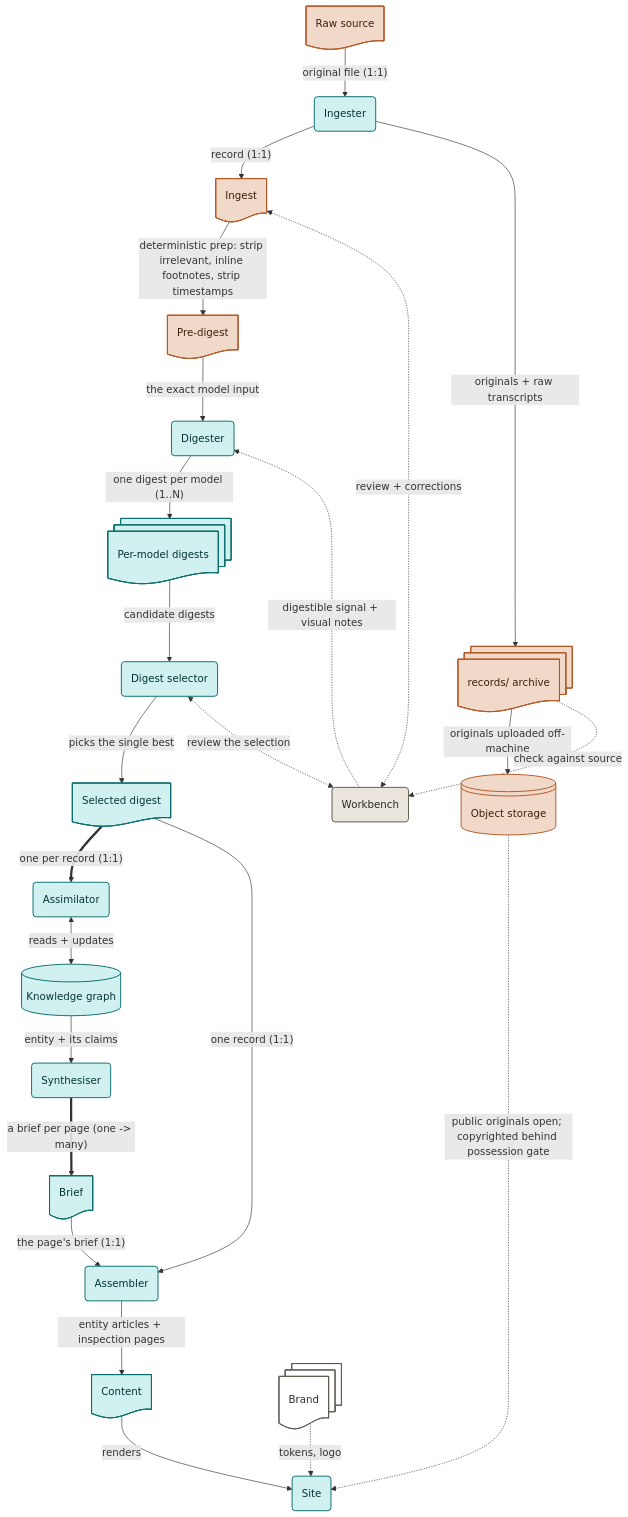
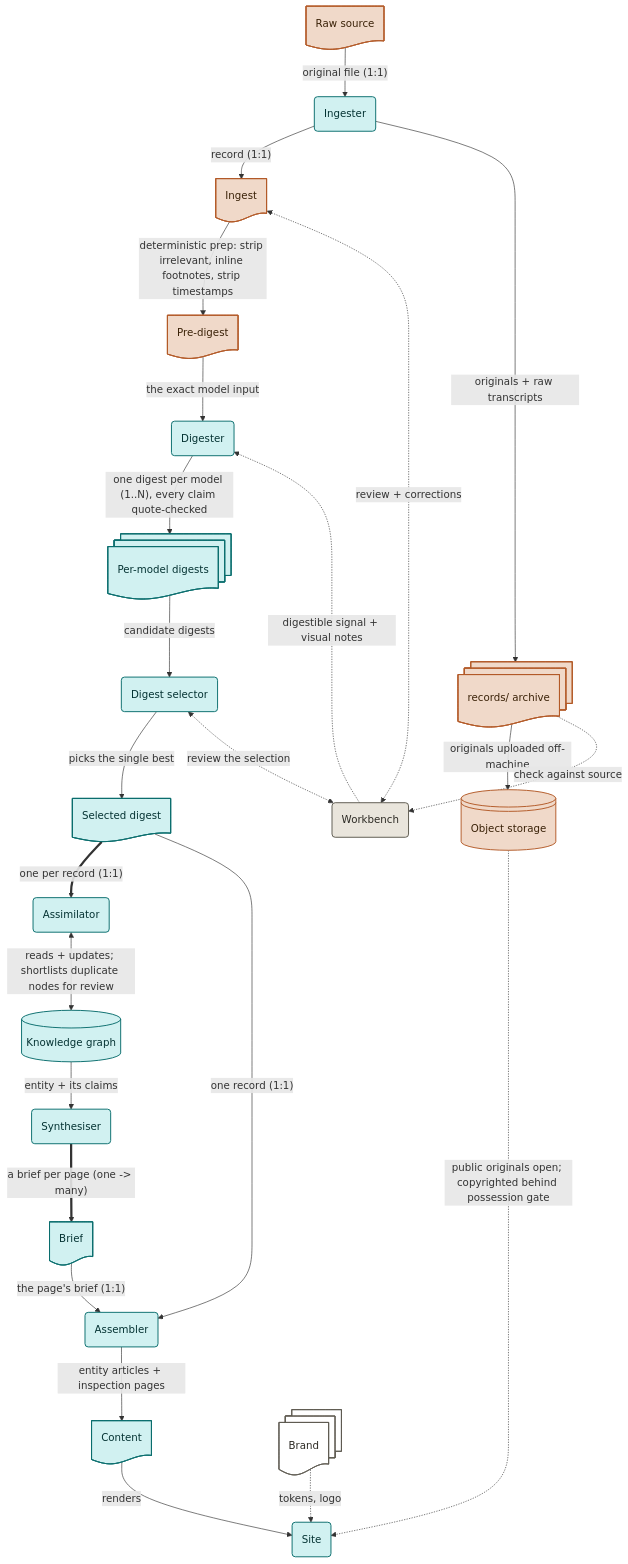
One commit to anomalica/anomalica changed the diagram in reference/pipeline.mmd. Above: the diagram before and after it, drawn with Mermaid. The commit also changed 1 other file, not shown here.

Commit message:
docs(architecture): the quote check and the merge shortlist appear in the diagram
Claude-Session: https://claude.ai/code/session_014MmCWuhoLmkYKXawTjjKSq

```diff
--- a/reference/pipeline.mmd
+++ b/reference/pipeline.mmd
@@ -1,74 +1,74 @@
 flowchart TB
   classDef src fill:#F0D9C9,stroke:#B35A28,stroke-width:1.5px,color:#3a2208;
   classDef pub fill:#D1F1F1,stroke:#0B6E6E,stroke-width:1.5px,color:#053333;
   classDef rev fill:#E9E5DC,stroke:#5E5A50,stroke-width:1.5px,color:#2c2a24;
   classDef store fill:#ffffff,stroke:#5E5A50,stroke-width:1.3px,color:#2c2a24;
 
   raw@{ shape: doc, label: "Raw source" }
   ingester@{ shape: rounded, label: "Ingester" }
   ingest@{ shape: doc, label: "Ingest" }
   predigest@{ shape: doc, label: "Pre-digest" }
   archive@{ shape: docs, label: "records/ archive" }
   bucket@{ shape: lin-cyl, label: "Object storage" }
   workbench@{ shape: rounded, label: "Workbench" }
   digester@{ shape: rounded, label: "Digester" }
   digests@{ shape: docs, label: "Per-model digests" }
   selector@{ shape: rounded, label: "Digest selector" }
   selected@{ shape: doc, label: "Selected digest" }
   assimilator@{ shape: rounded, label: "Assimilator" }
   kg@{ shape: cyl, label: "Knowledge graph" }
   synthesiser@{ shape: rounded, label: "Synthesiser" }
   briefs@{ shape: doc, label: "Brief" }
   assembler@{ shape: rounded, label: "Assembler" }
   content@{ shape: doc, label: "Content" }
   site@{ shape: rounded, label: "Site" }
   brand@{ shape: docs, label: "Brand" }
 
   raw -->|"original file (1:1)"| ingester
   ingester -->|"record (1:1)"| ingest
   ingester -->|"originals + raw transcripts"| archive
   archive -->|"originals uploaded off-machine"| bucket
   bucket -.->|"public originals open; copyrighted behind possession gate"| site
   ingest -->|"deterministic prep: strip irrelevant, inline footnotes, strip timestamps"| predigest
   predigest -->|"the exact model input"| digester
-  digester -->|"one digest per model (1..N)"| digests
+  digester -->|"one digest per model (1..N), every claim quote-checked"| digests
   digests -->|"candidate digests"| selector
   selector -->|"picks the single best"| selected
   selected ==>|"one per record (1:1)"| assimilator
-  assimilator <-->|"reads + updates"| kg
+  assimilator <-->|"reads + updates; shortlists duplicate nodes for review"| kg
   kg -->|"entity + its claims"| synthesiser
   synthesiser ==>|"a brief per page (one -> many)"| briefs
   briefs -->|"the page's brief (1:1)"| assembler
   selected -->|"one record (1:1)"| assembler
   assembler -->|"entity articles + inspection pages"| content
   content -->|"renders"| site
   brand -.->|"tokens, logo"| site
   ingest <-.->|"review + corrections"| workbench
   selector <-.->|"review the selection"| workbench
   archive -.->|"check against source"| workbench
   workbench -.->|"digestible signal + visual notes"| digester
 
   class raw,ingest,predigest,archive,bucket src
   class ingester,digester,digests,selector,selected,assimilator,kg,synthesiser,briefs,assembler,content,site pub
   class workbench rev
   class brand store
 
   click raw nodeClick
   click ingester nodeClick
   click ingest nodeClick
   click predigest nodeClick
   click archive nodeClick
   click bucket nodeClick
   click workbench nodeClick
   click digester nodeClick
   click digests nodeClick
   click selector nodeClick
   click selected nodeClick
   click assimilator nodeClick
   click kg nodeClick
   click synthesiser nodeClick
   click briefs nodeClick
   click assembler nodeClick
   click content nodeClick
   click site nodeClick
   click brand nodeClick
```
